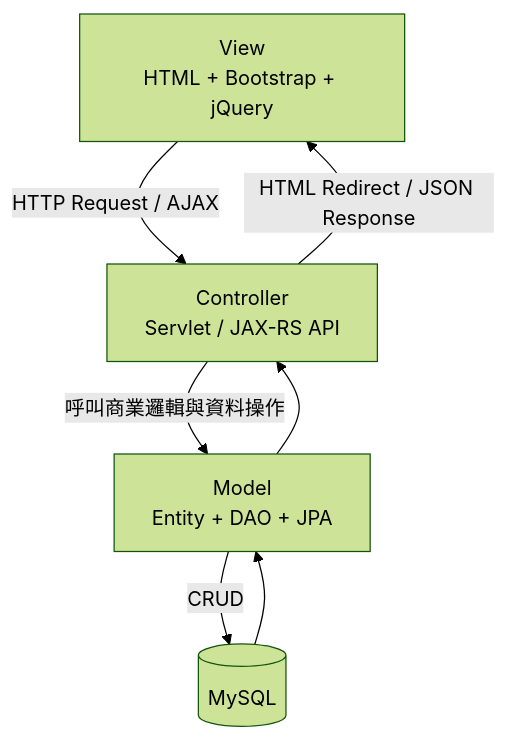
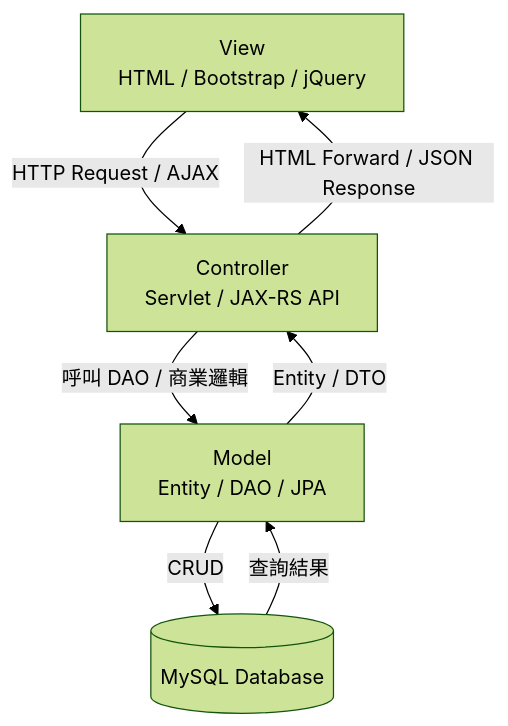
One commit to s717456/SimpleShop_MavenWebProject changed the second of 8 diagrams in README.md. Above: the diagram before and after it, drawn with Mermaid (forest theme). The commit also changed other lines of this file, not shown here.

````diff
--- a/README.md
+++ b/README.md
@@ -85,14 +106,14 @@
 ```mermaid
 flowchart TB
-    View[View\nHTML + Bootstrap + jQuery]
-    Controller[Controller\nServlet / JAX-RS API]
-    Model[Model\nEntity + DAO + JPA]
-    Database[(MySQL)]
+    View["View<br/>HTML / Bootstrap / jQuery"]
+    Controller["Controller<br/>Servlet / JAX-RS API"]
+    Model["Model<br/>Entity / DAO / JPA"]
+    Database[("MySQL Database")]
 
-    View -->|HTTP Request / AJAX| Controller
-    Controller -->|呼叫商業邏輯與資料操作| Model
-    Model -->|CRUD| Database
-    Database --> Model
-    Model --> Controller
-    Controller -->|HTML Redirect / JSON Response| View
+    View -->|"HTTP Request / AJAX"| Controller
+    Controller -->|"呼叫 DAO / 商業邏輯"| Model
+    Model -->|"CRUD"| Database
+    Database -->|"查詢結果"| Model
+    Model -->|"Entity / DTO"| Controller
+    Controller -->|"HTML Forward / JSON Response"| View
 ```
````
